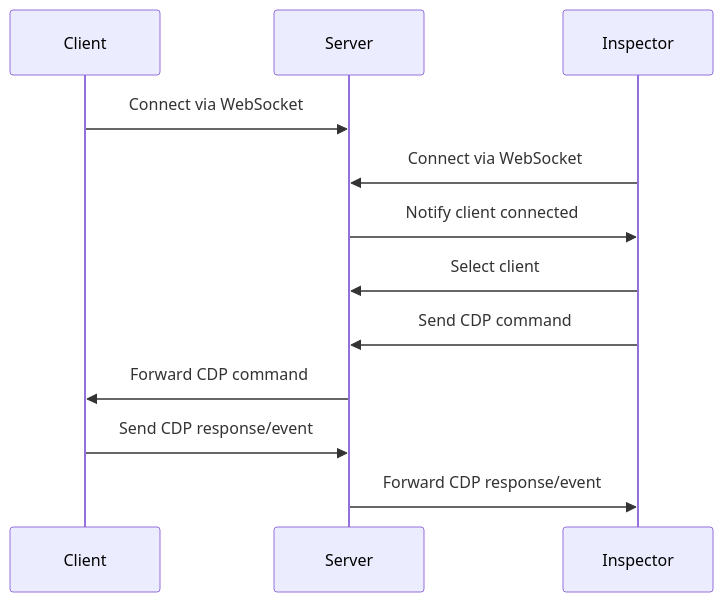
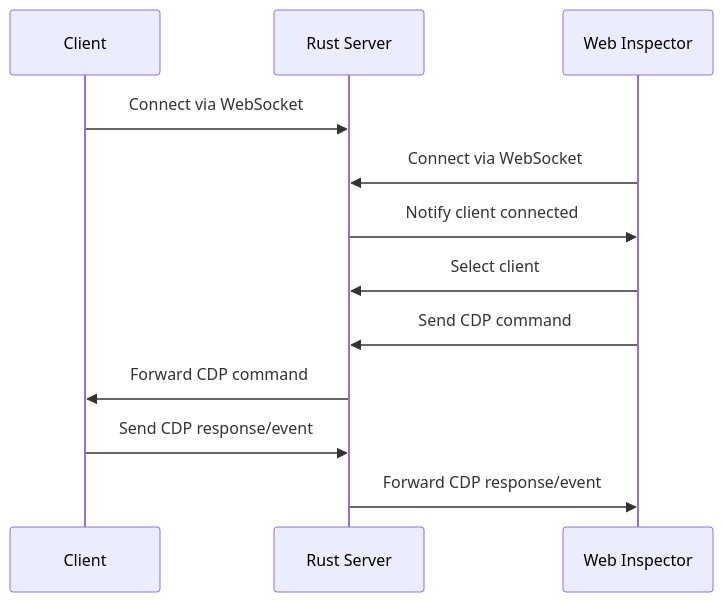
Before and after one commit to ohah/chrome-remote-devtools: the second of 3 diagrams in document/docs/en/architecture/overview.md, drawn with Mermaid. The commit also changed other lines of this file and 19 other files, not shown here.

First line of the commit message:
docs(docs): add React Native CDP domains and update architecture documentation

````diff
--- a/document/docs/en/architecture/overview.md
+++ b/document/docs/en/architecture/overview.md
@@ -31,15 +41,15 @@
 ```mermaid
 sequenceDiagram
     participant C as Client
-    participant S as Server
-    participant I as Inspector
+    participant S as Rust Server
+    participant I as Web Inspector
 
     C->>S: Connect via WebSocket
     I->>S: Connect via WebSocket
     S->>I: Notify client connected
     I->>S: Select client
     I->>S: Send CDP command
     S->>C: Forward CDP command
     C->>S: Send CDP response/event
     S->>I: Forward CDP response/event
 ```
````
